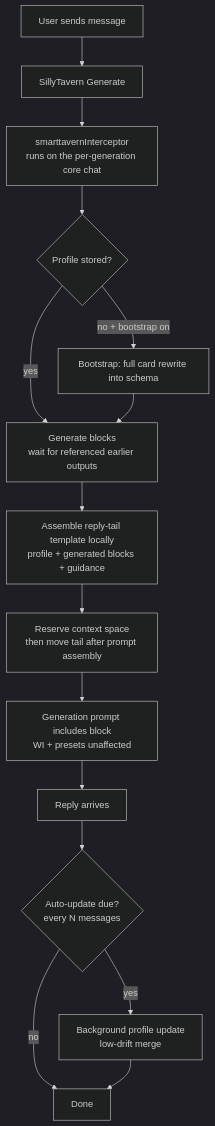
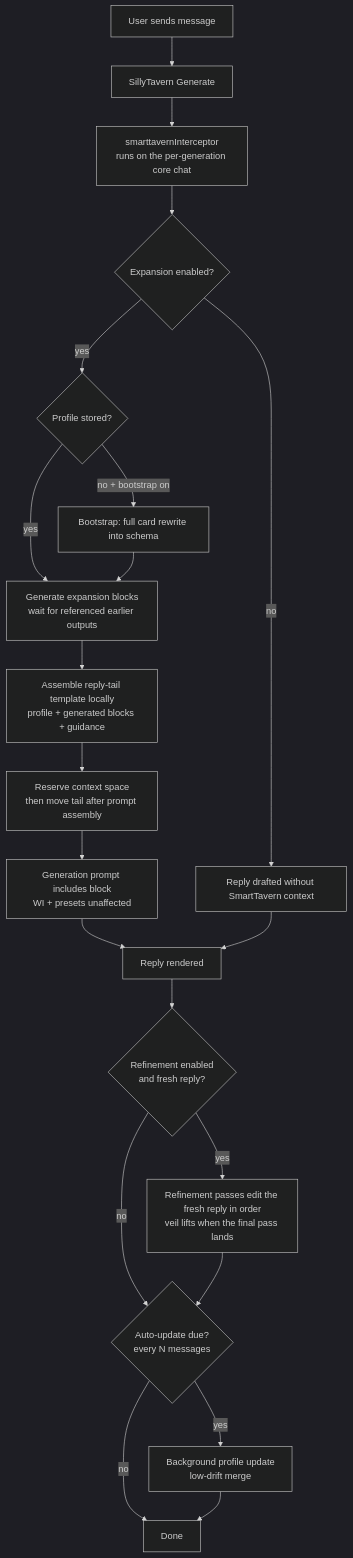
Before and after one commit to Blvcknx/SmartTavern: the diagram in README.md, drawn with Mermaid (dark theme). The commit also changed other lines of this file and 7 other files, not shown here.

````diff
--- a/README.md
+++ b/README.md
@@ -36,17 +37,23 @@
 ```mermaid
 flowchart TD
     A[User sends message] --> B[SillyTavern Generate]
     B --> C[smarttavernInterceptor<br/>runs on the per-generation core chat]
-    C --> D{Profile stored?}
-    D -- no + bootstrap on --> E[Bootstrap: full card rewrite into schema]
-    D -- yes --> F
-    E --> F[Generate blocks<br/>wait for referenced earlier outputs]
-    F --> G[Assemble reply-tail template locally<br/>profile + generated blocks + guidance]
-    G --> H[Reserve context space<br/>then move tail after prompt assembly]
-    H --> I[Generation prompt includes block<br/>WI + presets unaffected]
-    I --> J[Reply arrives]
-    J --> K{Auto-update due?<br/>every N messages}
-    K -- yes --> L[Background profile update<br/>low-drift merge]
-    K -- no --> M[Done]
-    L --> M
+    C --> D{Expansion enabled?}
+    D -- yes --> E{Profile stored?}
+    E -- no + bootstrap on --> F[Bootstrap: full card rewrite into schema]
+    E -- yes --> G
+    F --> G[Generate expansion blocks<br/>wait for referenced earlier outputs]
+    G --> H[Assemble reply-tail template locally<br/>profile + generated blocks + guidance]
+    H --> I[Reserve context space<br/>then move tail after prompt assembly]
+    I --> J[Generation prompt includes block<br/>WI + presets unaffected]
+    D -- no --> J2[Reply drafted without SmartTavern context]
+    J --> K[Reply rendered]
+    J2 --> K
+    K --> L{Refinement enabled<br/>and fresh reply?}
+    L -- yes --> M[Refinement passes edit the fresh reply in order<br/>veil lifts when the final pass lands]
+    L -- no --> N
+    M --> N{Auto-update due?<br/>every N messages}
+    N -- yes --> O[Background profile update<br/>low-drift merge]
+    N -- no --> P[Done]
+    O --> P
 ```
````
